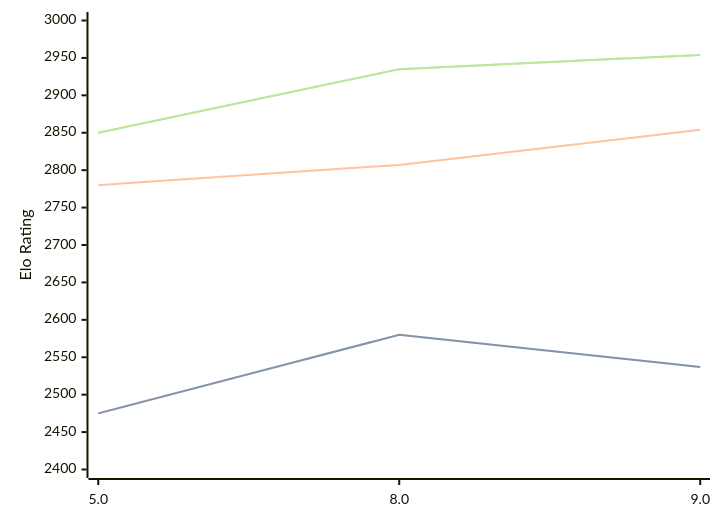
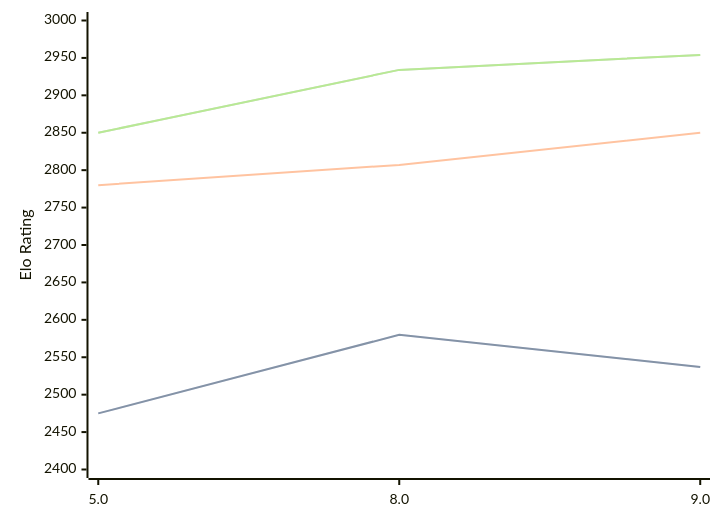
The first of 3 diagrams in engines/4kc.md (computer-chess-index/cci), drawn with Mermaid before and after one commit. The commit also changed other lines of this file, not shown here.

Commit message:
Update CCI Ratings (ELO VLTC) - 2026-07-10

````diff
--- a/engines/4kc.md
+++ b/engines/4kc.md
@@ -42,11 +42,11 @@
 ```mermaid
 %%{init: {"theme":"base","themeVariables":{"seriesColors:['#a3a3a3','#222221','#faa371']}}}%%
 xychart-beta
   x-axis ["5.0", "8.0", "9.0"]
   y-axis "Elo Rating" 2400 --> 3000
   line "STC (8.0+0.08s)" [2475, 2580, 2537]
   line "STC (8.0+0.08s)" [2475, 2580, 2537]
-  line "LTC (60.0+0.60s)" [2780, 2807, 2854]
-  line "VLTC (2m24s+1.12s)" [2850, 2935, 2954]
-  line "VLTC (2m24s+1.12s)" [2850, 2935, 2954]
+  line "LTC (60.0+0.60s)" [2780, 2807, 2850]
+  line "VLTC (2m24s+1.12s)" [2850, 2934, 2954]
+  line "VLTC (2m24s+1.12s)" [2850, 2934, 2954]
 ```
````
